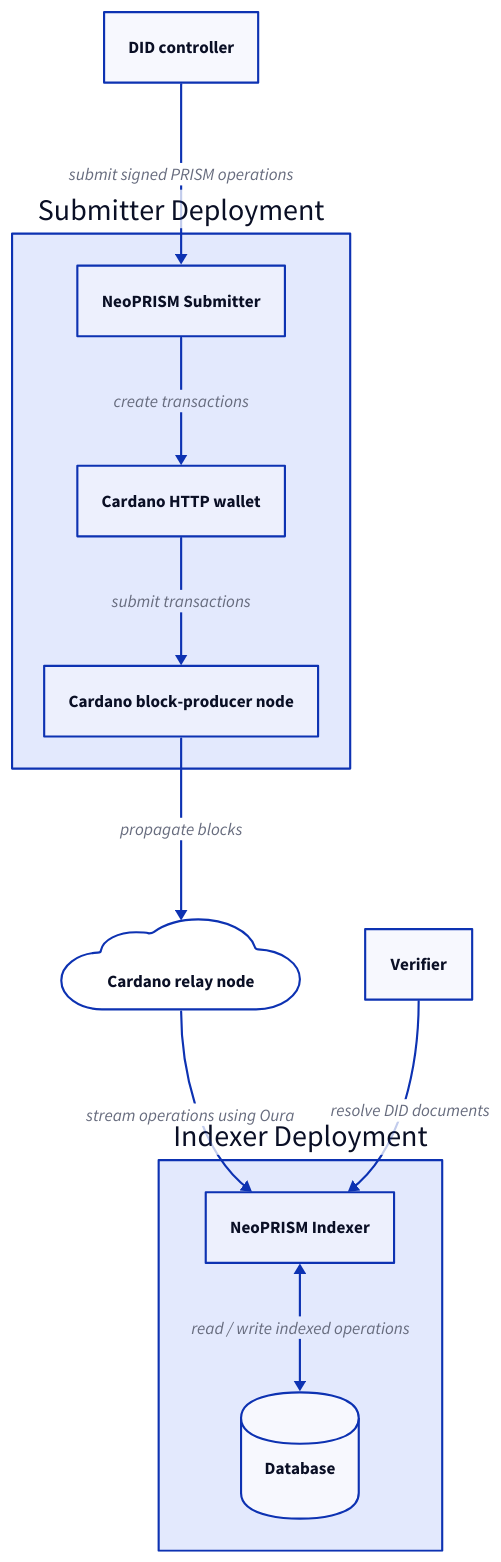
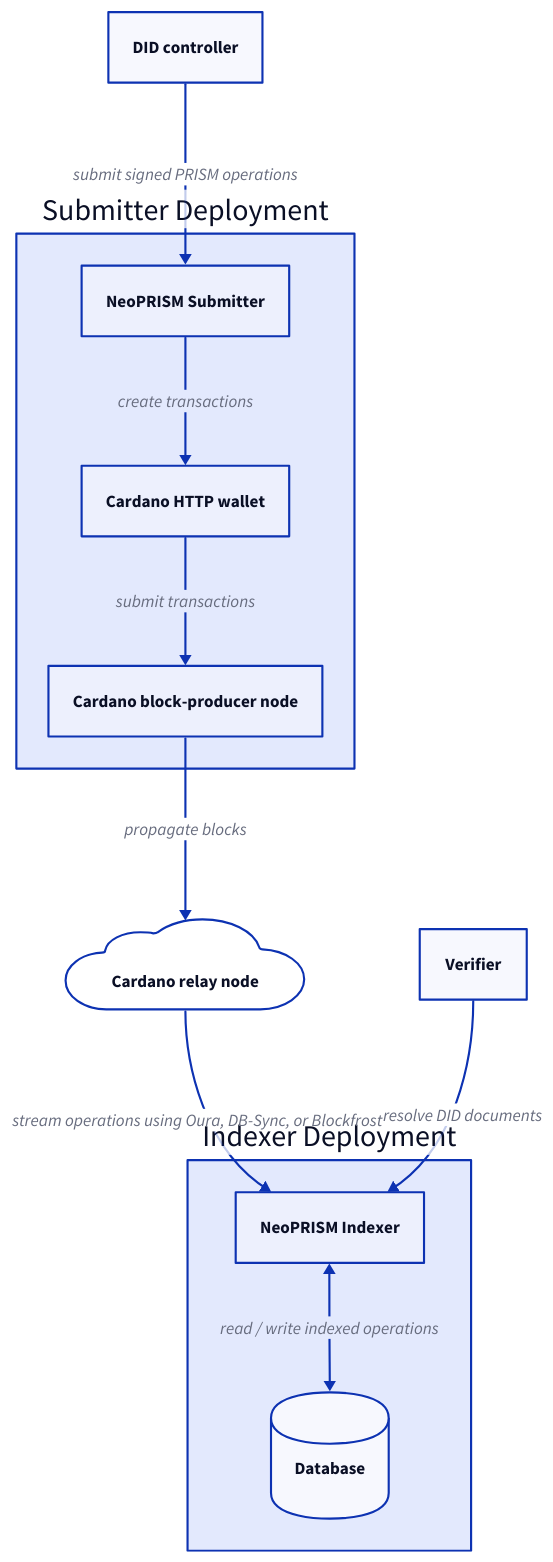
One commit to hyperledger-identus/neoprism changed the second of 2 diagrams in docs/src/architecture/README.md. Above: the diagram before and after it, drawn with D2. The commit also changed other lines of this file and 5 other files, not shown here.

````diff
--- a/docs/src/architecture/README.md
+++ b/docs/src/architecture/README.md
@@ -55,30 +55,30 @@
 ```d2
 did-controller: "DID controller"
 verifier: "Verifier"
 cardano-node: "Cardano relay node" {
   shape: cloud
 }
 
 indexer-deployment: "Indexer Deployment" {
   indexer: "NeoPRISM Indexer"
   db: "Database" {
     shape: cylinder
   }
 
   indexer <-> db: read / write indexed operations
 }
 
-indexer-deployment.indexer <- cardano-node: stream operations using Oura
+indexer-deployment.indexer <- cardano-node: stream operations using Oura, DB-Sync, or Blockfrost
 verifier -> indexer-deployment.indexer: resolve DID documents
 
 submitter-deployment: "Submitter Deployment" {
   submitter: "NeoPRISM Submitter"
   cardano-wallet: "Cardano HTTP wallet"
   cardano-blockproducer: "Cardano block-producer node"
   submitter -> cardano-wallet: create transactions
   cardano-wallet -> cardano-blockproducer: submit transactions
 }
 
 did-controller -> submitter-deployment.submitter: submit signed PRISM operations
 submitter-deployment.cardano-blockproducer -> cardano-node: propagate blocks
 ```
````
